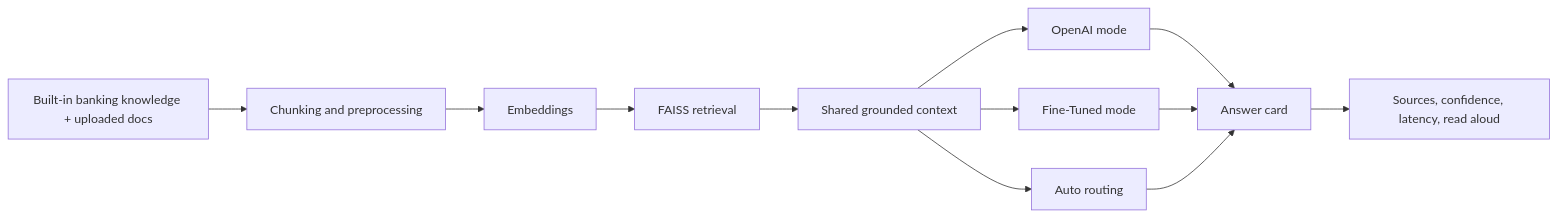
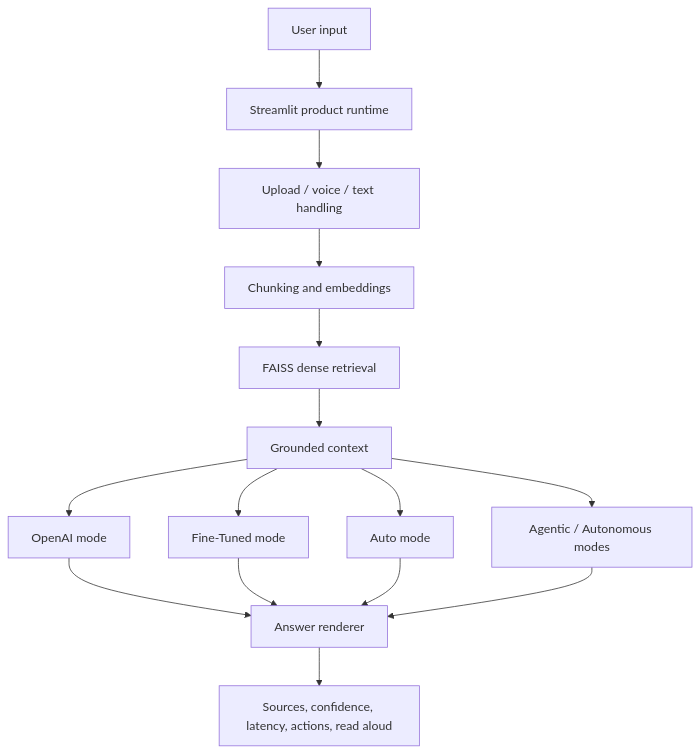
Before and after one commit to rakeshmadasaniai/banking-genai-portfolio: the diagram in 01-rag-system/README.md, drawn with Mermaid. The commit also changed other lines of this file and 11 other files, not shown here.

````diff
--- a/01-rag-system/README.md
+++ b/01-rag-system/README.md
@@ -70,14 +11,17 @@
 ```mermaid
-flowchart LR
-    A["Built-in banking knowledge + uploaded docs"] --> B["Chunking and preprocessing"]
-    B --> C["Embeddings"]
-    C --> D["FAISS retrieval"]
-    D --> E["Shared grounded context"]
-    E --> F["OpenAI mode"]
-    E --> G["Fine-Tuned mode"]
-    E --> H["Auto routing"]
-    F --> I["Answer card"]
-    G --> I
-    H --> I
-    I --> J["Sources, confidence, latency, read aloud"]
+flowchart TD
+    A["User input"] --> B["Streamlit product runtime"]
+    B --> C["Upload / voice / text handling"]
+    C --> D["Chunking and embeddings"]
+    D --> E["FAISS dense retrieval"]
+    E --> F["Grounded context"]
+    F --> G["OpenAI mode"]
+    F --> H["Fine-Tuned mode"]
+    F --> I["Auto mode"]
+    F --> J["Agentic / Autonomous modes"]
+    G --> K["Answer renderer"]
+    H --> K
+    I --> K
+    J --> K
+    K --> L["Sources, confidence, latency, actions, read aloud"]
 ```
````
